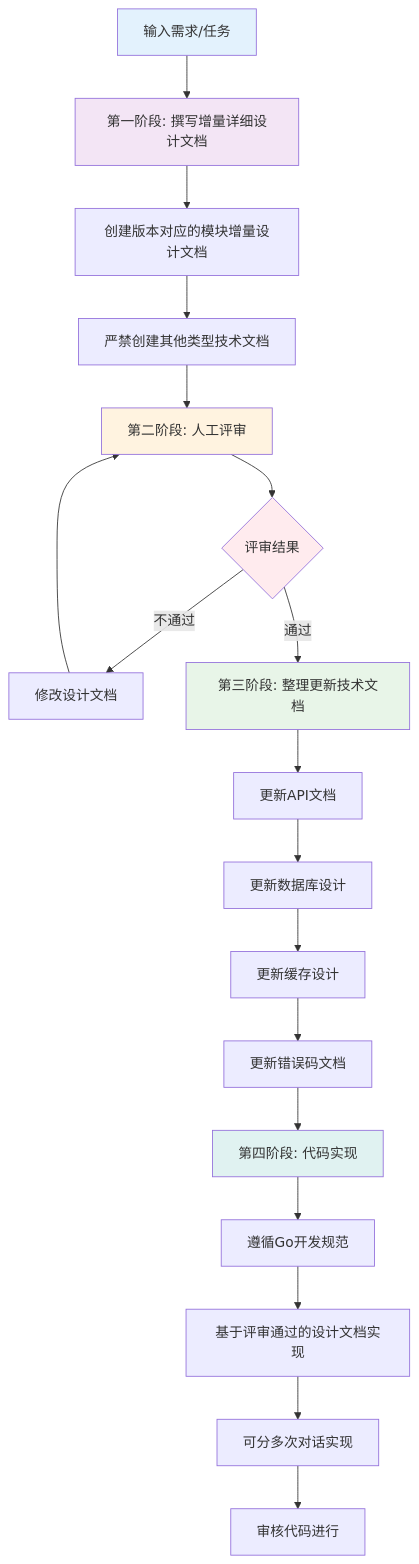
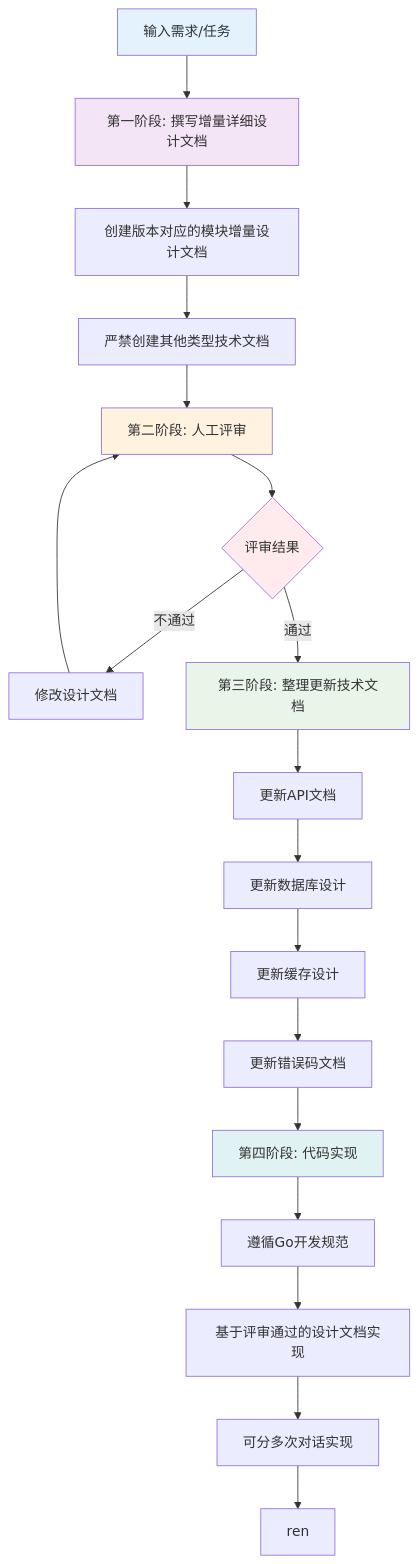
Before and after one commit to yingjianzh/iodraw-files: the diagram in all/未命名-1.md, drawn with Mermaid.

Commit message:
2025-10-22 17:37:26 update

````diff
--- a/all/未命名-1.md
+++ b/all/未命名-1.md
@@ -1,29 +1,29 @@
 ```mermaid
 
 flowchart TD
     A[输入需求/任务] --> B[第一阶段: 撰写增量详细设计文档]
     B --> C[创建版本对应的模块增量设计文档]
     C --> D[严禁创建其他类型技术文档]
     D --> E[第二阶段: 人工评审]
     E --> F{评审结果}
     F -->|不通过| G[修改设计文档]
     G --> E
     F -->|通过| H[第三阶段: 整理更新技术文档]
     H --> I[更新API文档]
     I --> J[更新数据库设计]
     J --> K[更新缓存设计]
     K --> L[更新错误码文档]
     L --> M[第四阶段: 代码实现]
     M --> N[遵循Go开发规范]
     N --> O[基于评审通过的设计文档实现]
     O --> P[可分多次对话实现]
-    P --> R[审核代码进行]
+    P --> R[ren]
     
     style A fill:#e3f2fd
     style B fill:#f3e5f5
     style E fill:#fff3e0
     style F fill:#ffebee
     style H fill:#e8f5e8
     style M fill:#e0f2f1
 
 ```
````
